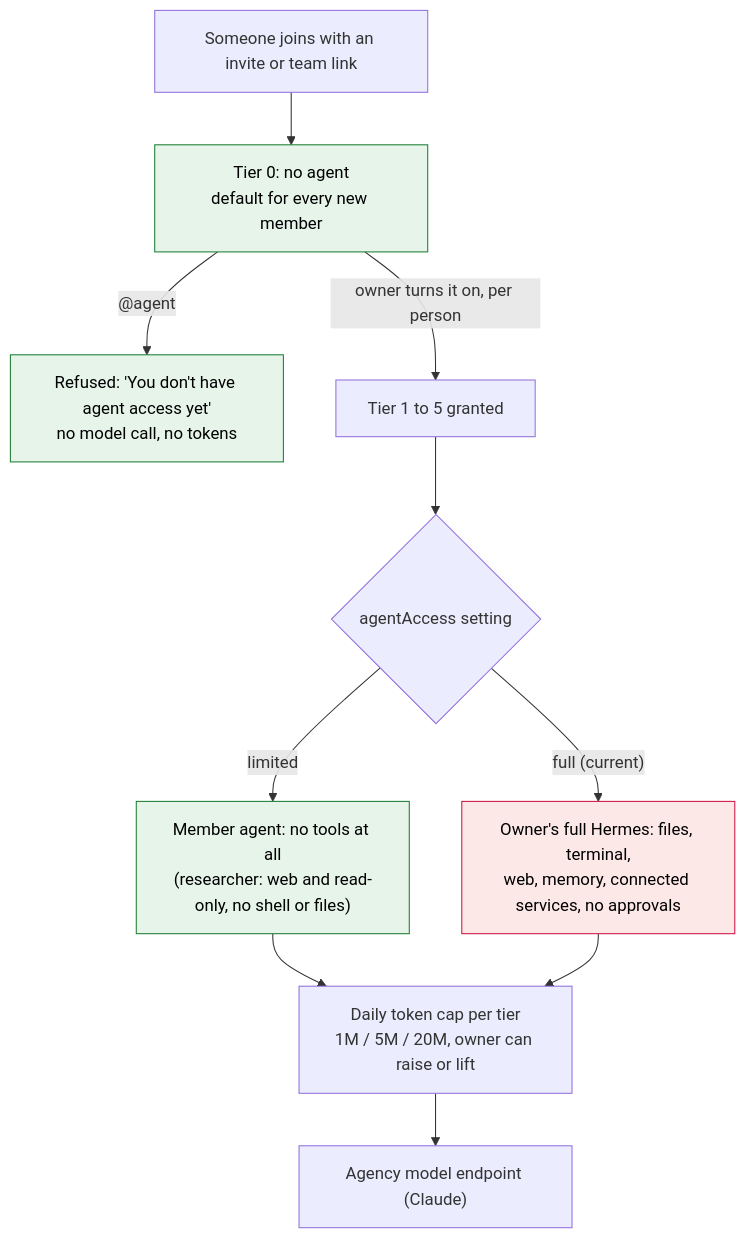
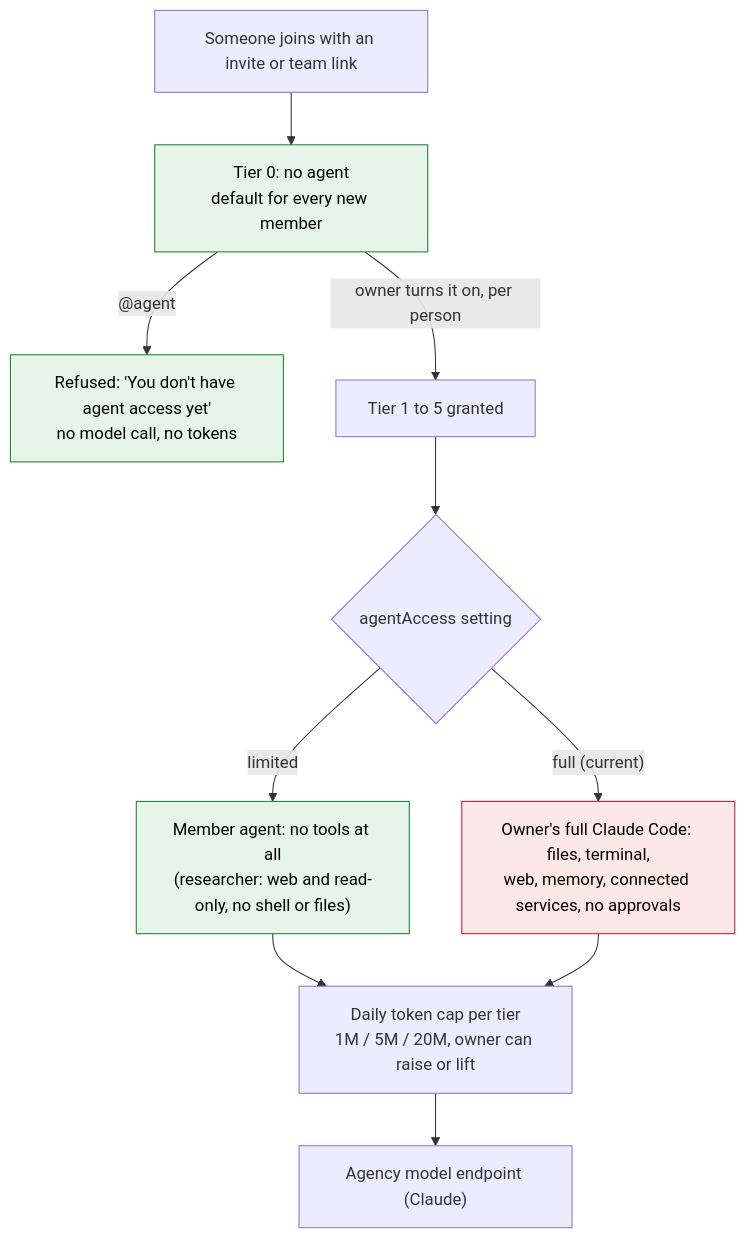
One commit to slavingia/servant changed the diagram in docs/security-architecture/07-agent-and-model-gating.mmd. Above: the diagram before and after it, drawn with Mermaid. The commit also changed 17 other files, not shown here.

Commit message:
Security architecture diagrams: label the agent Claude Code

```diff
--- a/docs/security-architecture/07-agent-and-model-gating.mmd
+++ b/docs/security-architecture/07-agent-and-model-gating.mmd
@@ -1,13 +1,13 @@
 flowchart TB
   J["Someone joins with an invite or team link"] --> T0["Tier 0: no agent<br/>default for every new member"]
   T0 -- "@agent" --> R["Refused: 'You don't have agent access yet'<br/>no model call, no tokens"]
   T0 -- "owner turns it on, per person" --> T["Tier 1 to 5 granted"]
   T --> L{"agentAccess setting"}
   L -- "limited" --> MB["Member agent: no tools at all<br/>(researcher: web and read-only, no shell or files)"]
-  L -- "full (current)" --> FA["Owner's full Hermes: files, terminal,<br/>web, memory, connected services, no approvals"]
+  L -- "full (current)" --> FA["Owner's full Claude Code: files, terminal,<br/>web, memory, connected services, no approvals"]
   MB --> C["Daily token cap per tier<br/>1M / 5M / 20M, owner can raise or lift"]
   FA --> C
   C --> M["Agency model endpoint (Claude)"]
   classDef risk fill:#fde8e8,stroke:#D11242,color:#000;
   classDef safe fill:#e6f4ea,stroke:#1e7e34,color:#000;
   class FA risk; class T0,R,MB safe;
```
